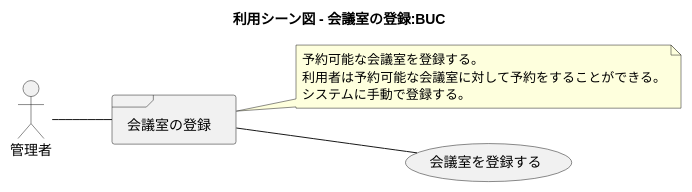
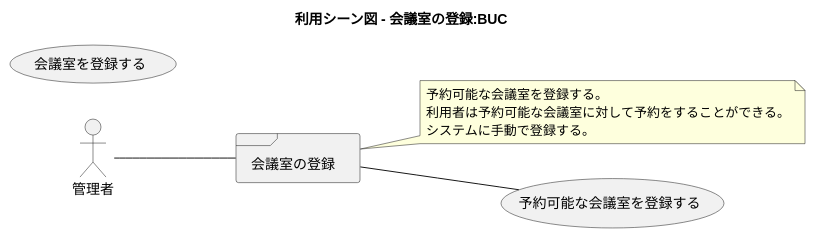
Before and after one commit to k2works/case-study-mrs: the tenth of 17 diagrams in docs/index.adoc, drawn with PlantUML. The commit also changed other lines of this file and 10 other files, not shown here.

```diff
--- a/docs/index.adoc
+++ b/docs/index.adoc
@@ -308,25 +306,25 @@
 [plantuml]
 ----
 @startuml
 
 title 利用シーン図 - 会議室の登録:BUC
 
 left to right direction
 
 actor 管理者
 
 frame 会議室の登録
 note right of 会議室の登録
    予約可能な会議室を登録する。
    利用者は予約可能な会議室に対して予約をすることができる。
    システムに手動で登録する。
 end note
 
 usecase 会議室を登録する
 
 :管理者: -- 会議室の登録
-会議室の登録 -- (会議室を登録する)
+会議室の登録 -- (予約可能な会議室を登録する)
 
 
 @enduml
 ----
```
